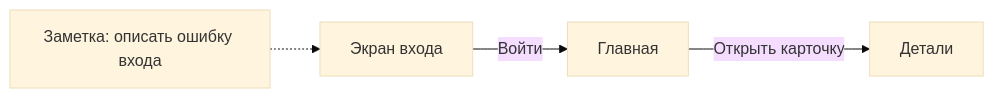
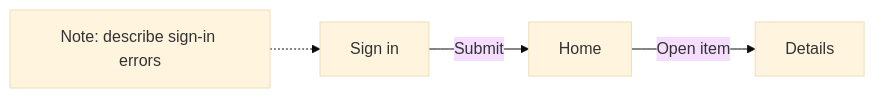
The diagram in README.md (ehlyzov/theboard), drawn with Mermaid (base theme) before and after one commit. The commit also changed other lines of this file and 15 other files, not shown here.

````diff
--- a/README.md
+++ b/README.md
@@ -34,6 +74,6 @@
 ```mermaid
 flowchart LR
-    A[Экран входа] -->|Войти| B[Главная]
-    B -->|Открыть карточку| C[Детали]
-    N[Заметка: описать ошибку входа] -.-> A
+    A[Sign in] -->|Submit| B[Home]
+    B -->|Open item| C[Details]
+    N[Note: describe sign-in errors] -.-> A
 ```
````
